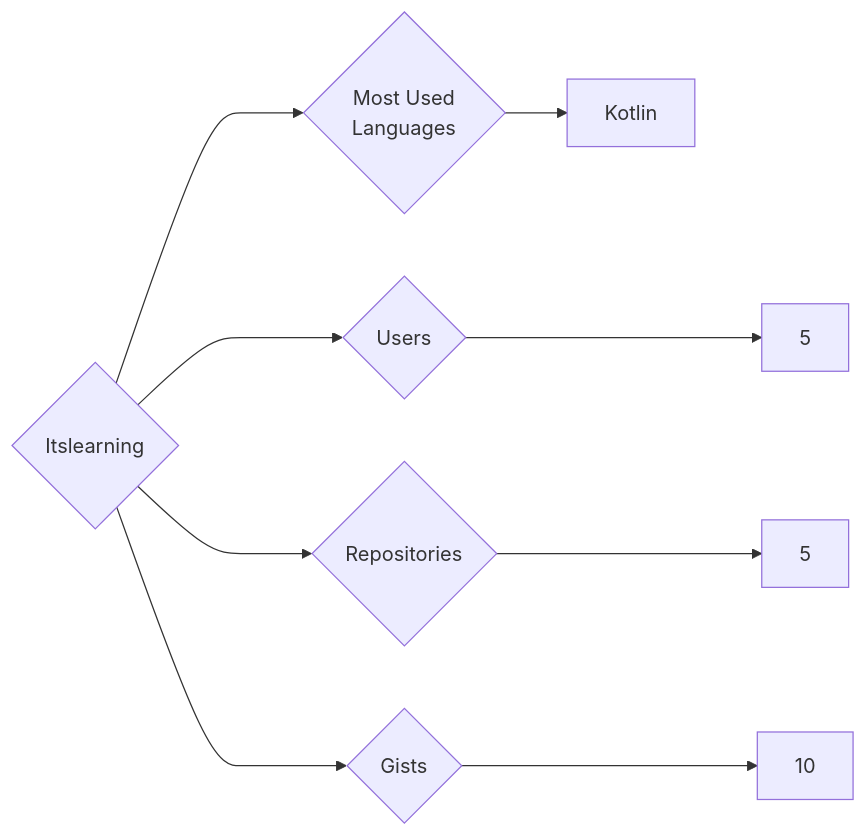
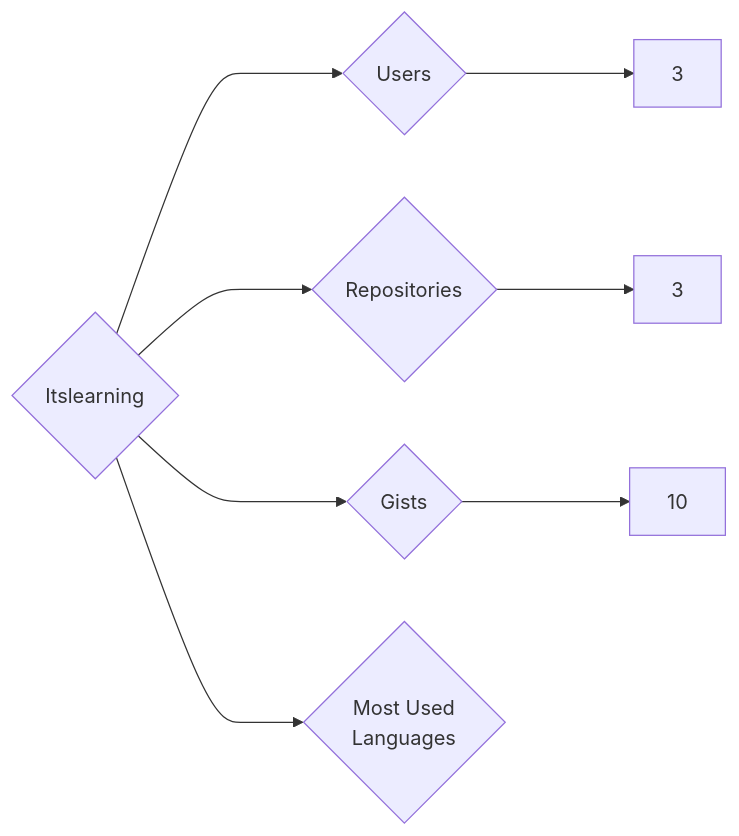
One commit to trickest/insiders changed the diagram in targets/Itslearning/README.md. Above: the diagram before and after it, drawn with Mermaid. The commit also changed 998 other files, not shown here.

````diff
--- a/targets/Itslearning/README.md
+++ b/targets/Itslearning/README.md
@@ -3,9 +3,8 @@
 ```mermaid
 graph LR
 COMPANY_NAME{Itslearning}
-COMPANY_NAME ---> U{Users} ---> UN[5]
-COMPANY_NAME ---> R{Repositories} ---> RN[5]
+COMPANY_NAME ---> U{Users} ---> UN[3]
+COMPANY_NAME ---> R{Repositories} ---> RN[3]
 COMPANY_NAME ---> G{Gists} ---> GN[10]
 COMPANY_NAME ---> ML{Most Used<br>Languages}
-ML --> Kotlin[Kotlin]
 ```
````
